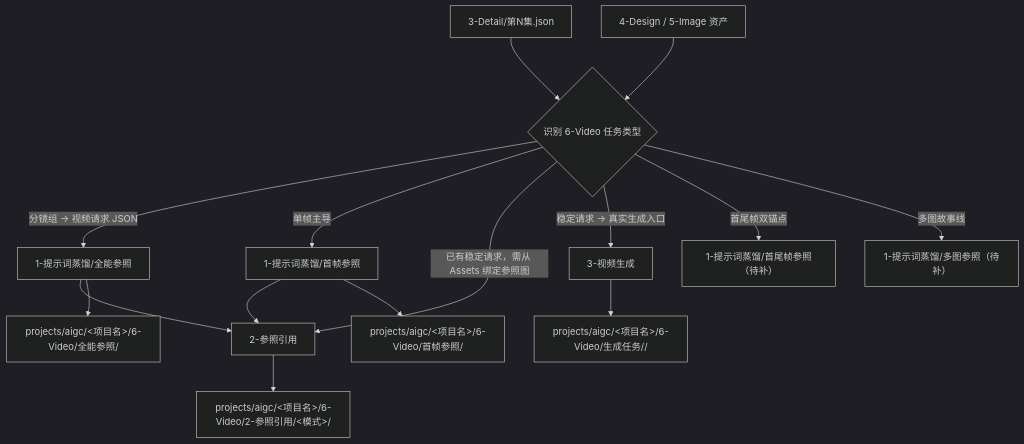
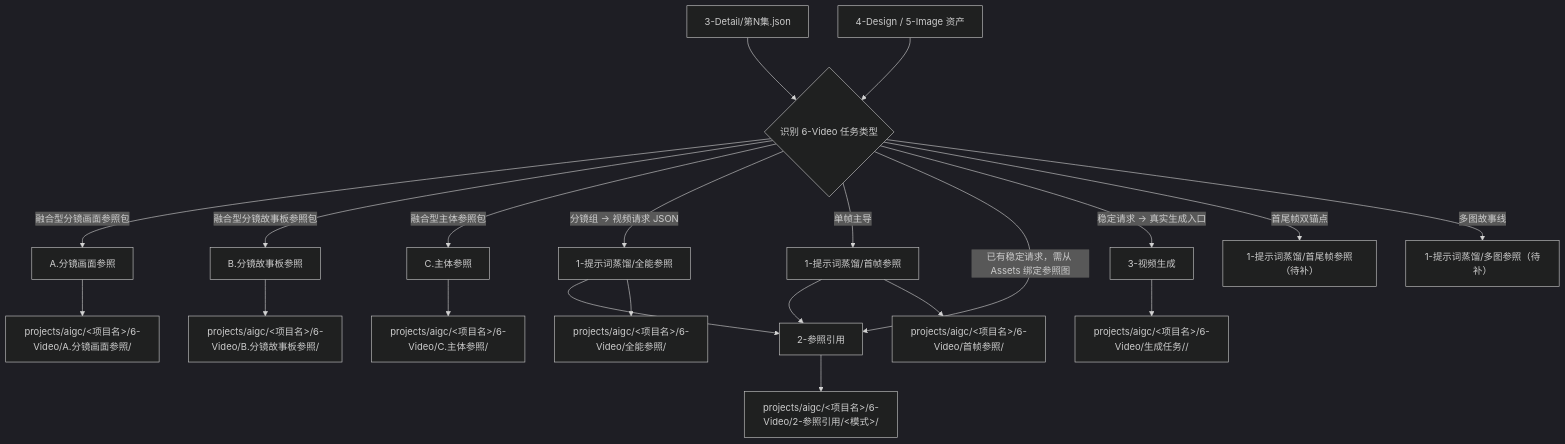
One commit to ZEN-VOID/AI-CUT changed the first of 2 diagrams in .agents/skills/aigc/6-Video/SKILL.md. Above: the diagram before and after it, drawn with Mermaid (dark theme). The commit also changed other lines of this file and 456 other files, not shown here.

````diff
--- a/.agents/skills/aigc/6-Video/SKILL.md
+++ b/.agents/skills/aigc/6-Video/SKILL.md
@@ -69,17 +72,23 @@
 ```mermaid
 flowchart TD
     A["3-Detail/第N集.json"] --> B{"识别 6-Video 任务类型"}
     C["4-Design / 5-Image 资产"] --> B
+    B -->|"融合型分镜画面参照包"| A1["A.分镜画面参照"]
+    B -->|"融合型分镜故事板参照包"| SB1["B.分镜故事板参照"]
+    B -->|"融合型主体参照包"| SR1["C.主体参照"]
     B -->|"分镜组 -> 视频请求 JSON"| D["1-提示词蒸馏/全能参照"]
     B -->|"单帧主导"| E["1-提示词蒸馏/首帧参照"]
     D --> R["2-参照引用"]
     E --> R
     B -->|"已有稳定请求，需从 Assets 绑定参照图"| R
     B -->|"稳定请求 -> 真实生成入口"| J["3-视频生成"]
     B -->|"首尾帧双锚点"| F["1-提示词蒸馏/首尾帧参照（待补）"]
     B -->|"多图故事线"| G["1-提示词蒸馏/多图参照（待补）"]
+    A1 --> A2["projects/aigc/<项目名>/6-Video/A.分镜画面参照/"]
+    SB1 --> SB2["projects/aigc/<项目名>/6-Video/B.分镜故事板参照/"]
+    SR1 --> SR2["projects/aigc/<项目名>/6-Video/C.主体参照/"]
     D --> H["projects/aigc/<项目名>/6-Video/全能参照/"]
     E --> I["projects/aigc/<项目名>/6-Video/首帧参照/"]
     R --> M["projects/aigc/<项目名>/6-Video/2-参照引用/<模式>/"]
     J --> K["projects/aigc/<项目名>/6-Video/生成任务/<provider>/"]
 ```
````
